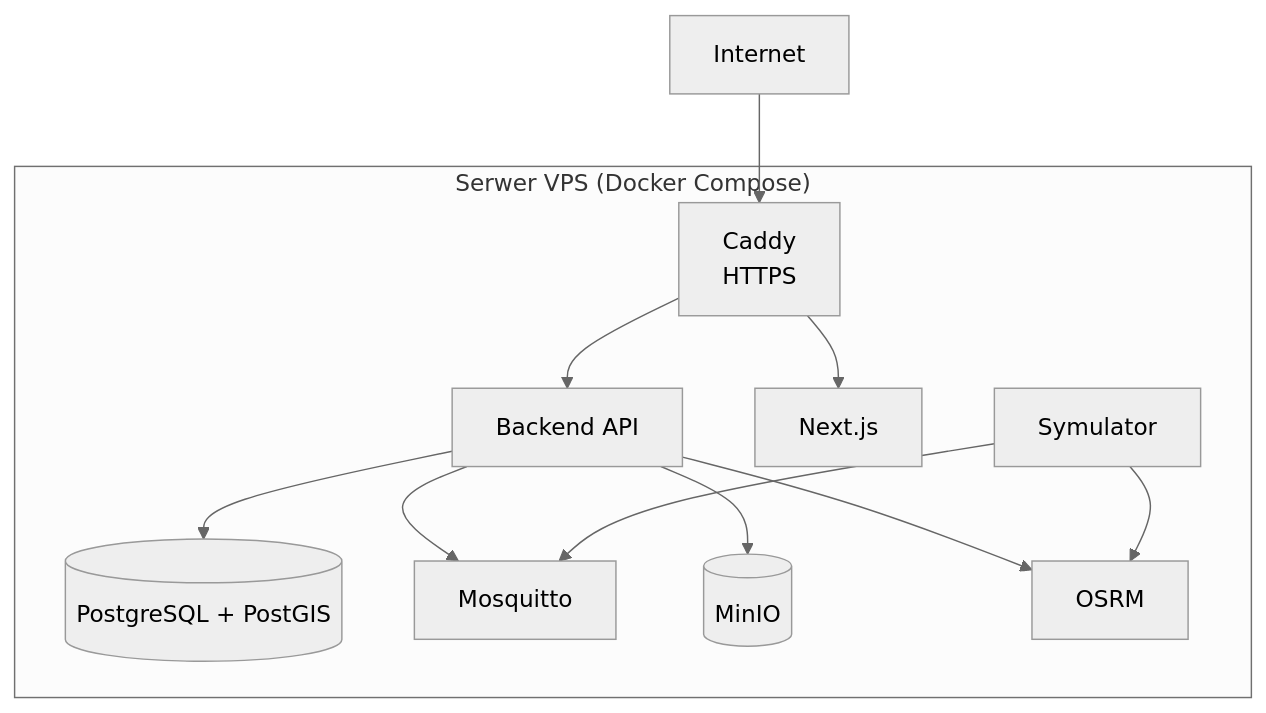
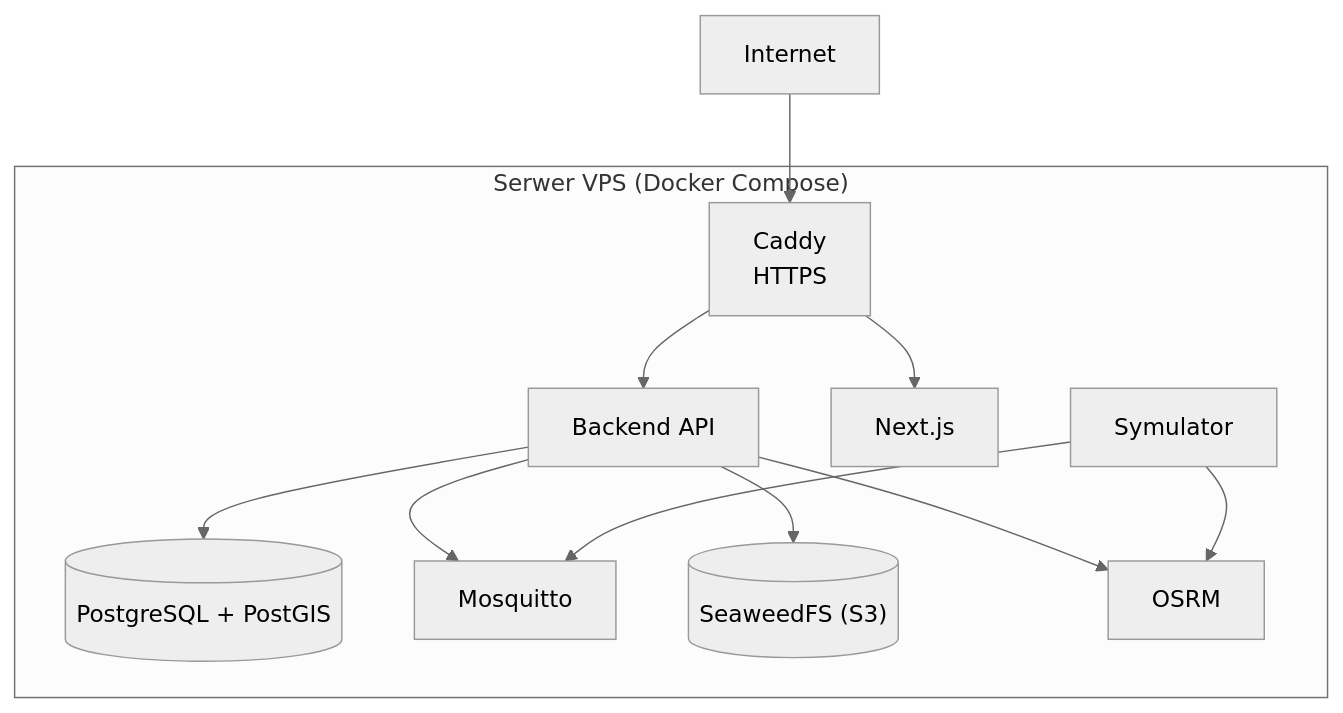
The diagram in docs/arc42/07-widok-wdrozenia.md (FifiLen/engineering-project), drawn with Mermaid (neutral theme) before and after one commit. The commit also changed other lines of this file and 29 other files, not shown here.

````diff
--- a/docs/arc42/07-widok-wdrozenia.md
+++ b/docs/arc42/07-widok-wdrozenia.md
@@ -11,22 +11,22 @@
 ```mermaid
 flowchart TB
     subgraph VPS["Serwer VPS (Docker Compose)"]
         C["Caddy<br/>HTTPS"]
         API["Backend API"]
         WEB["Next.js"]
         SIM["Symulator"]
         DB[("PostgreSQL + PostGIS")]
         MQ["Mosquitto"]
-        FS[("MinIO")]
+        FS[("SeaweedFS (S3)")]
         OSRM["OSRM"]
     end
     Internet --> C
     C --> API
     C --> WEB
     API --> DB
     API --> MQ
     SIM --> MQ
     API --> FS
     API --> OSRM
     SIM --> OSRM
 ```
````
